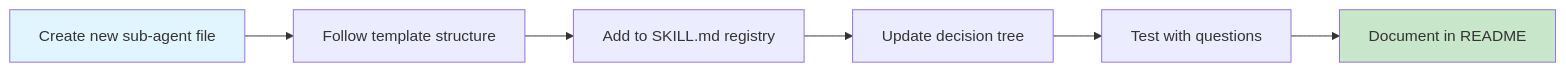
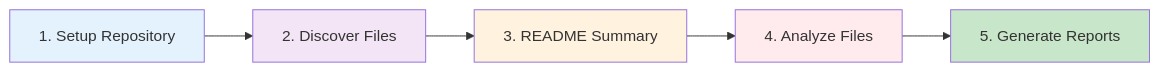
The second of 4 diagrams in docs/ARCHITECTURE.md (diaz3618/vulnhuntr-volt), drawn with Mermaid before and after one commit. The commit also changed other lines of this file and 6 other files, not shown here.

````diff
--- a/docs/ARCHITECTURE.md
+++ b/docs/ARCHITECTURE.md
@@ -410,11 +65,13 @@
 ```mermaid
 graph LR
-    A[Create new sub-agent file] --> B[Follow template structure]
-    B --> C[Add to SKILL.md registry]
-    C --> D[Update decision tree]
-    D --> E[Test with questions]
-    E --> F[Document in README]
+    A[1. Setup Repository] --> B[2. Discover Files]
+    B --> C[3. README Summary]
+    C --> D[4. Analyze Files]
+    D --> E[5. Generate Reports]
     
-    style A fill:#e1f5ff
-    style F fill:#c8e6c9
+    style A fill:#e3f2fd
+    style B fill:#f3e5f5
+    style C fill:#fff3e0
+    style D fill:#ffebee
+    style E fill:#c8e6c9
 ```
````
